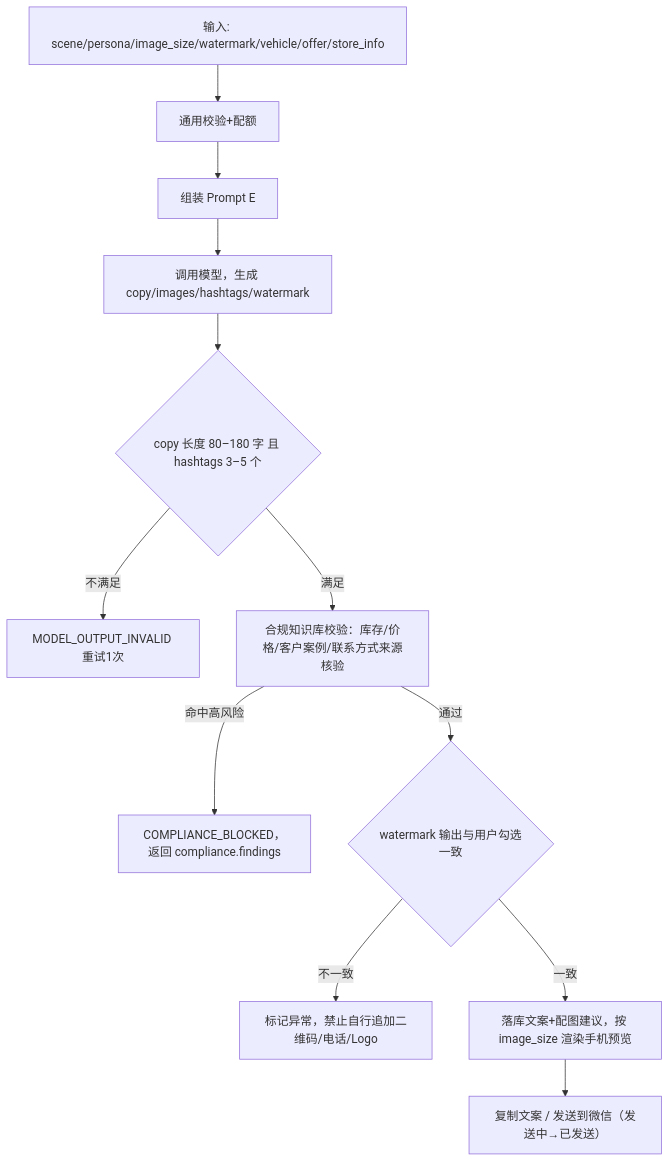
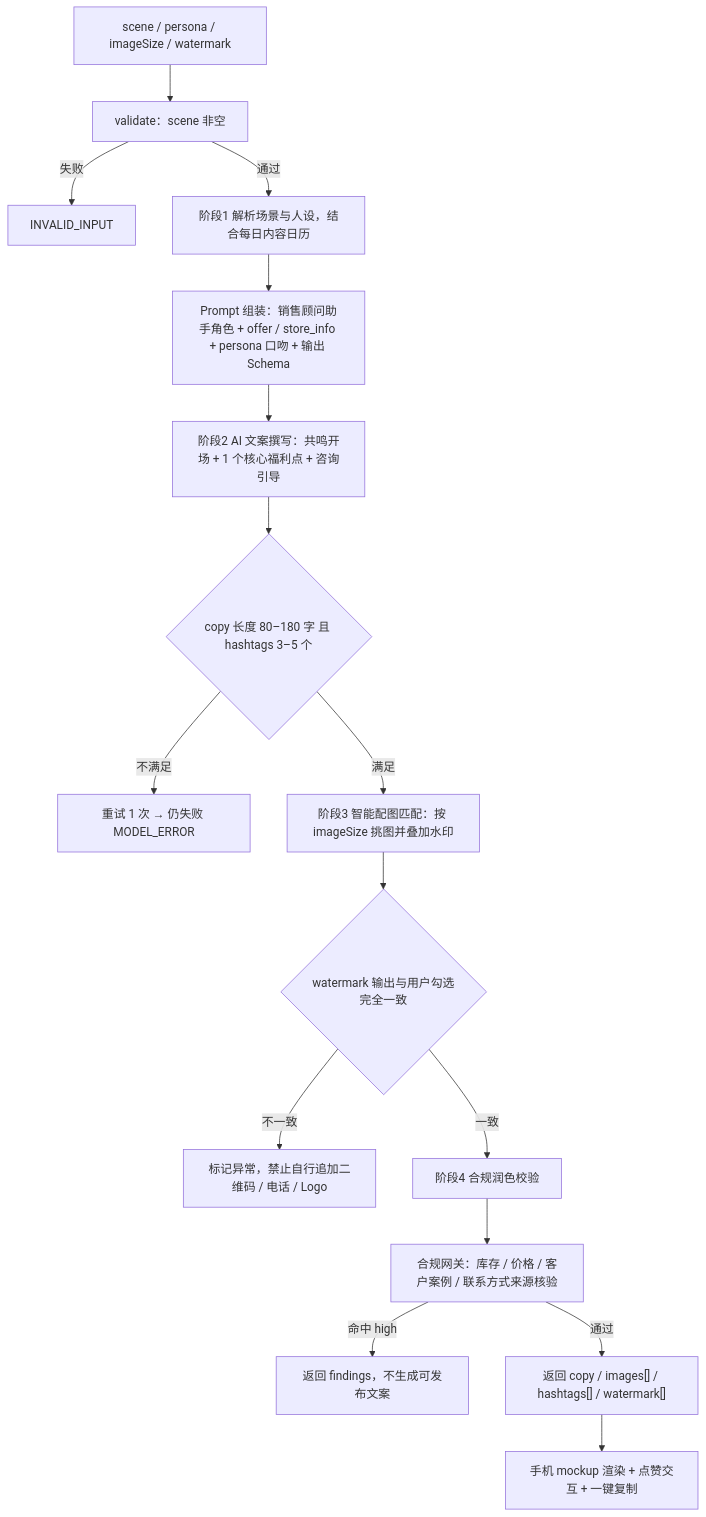
Before and after one commit to yangyang0723-ai/autoaigc: the sixth of 6 diagrams in docs/PRD.md, drawn with Mermaid. The commit also changed other lines of this file and 1 other file, not shown here.

````diff
--- a/docs/PRD.md
+++ b/docs/PRD.md
@@ -695,14 +723,18 @@
 ```mermaid
 flowchart TD
-  A[输入: scene/persona/image_size/watermark/vehicle/offer/store_info] --> B[通用校验+配额]
-  B --> C[组装 Prompt E]
-  C --> D[调用模型，生成 copy/images/hashtags/watermark]
-  D --> E{copy 长度 80–180 字 且 hashtags 3–5 个}
-  E -- 不满足 --> E1[MODEL_OUTPUT_INVALID 重试1次]
-  E -- 满足 --> F[合规知识库校验：库存/价格/客户案例/联系方式来源核验]
-  F -- 命中高风险 --> F1[COMPLIANCE_BLOCKED，返回 compliance.findings]
-  F -- 通过 --> G{watermark 输出与用户勾选一致}
-  G -- 不一致 --> G1[标记异常，禁止自行追加二维码/电话/Logo]
-  G -- 一致 --> H[落库文案+配图建议，按 image_size 渲染手机预览]
-  H --> I[复制文案 / 发送到微信（发送中→已发送）]
+  A[scene / persona / imageSize / watermark] --> B["validate：scene 非空"]
+  B -- 失败 --> B1[INVALID_INPUT]
+  B -- 通过 --> C[阶段1 解析场景与人设，结合每日内容日历]
+  C --> D["Prompt 组装：销售顾问助手角色 + offer / store_info + persona 口吻 + 输出 Schema"]
+  D --> E[阶段2 AI 文案撰写：共鸣开场 + 1 个核心福利点 + 咨询引导]
+  E --> F{"copy 长度 80–180 字 且 hashtags 3–5 个"}
+  F -- 不满足 --> F1[重试 1 次 → 仍失败 MODEL_ERROR]
+  F -- 满足 --> G[阶段3 智能配图匹配：按 imageSize 挑图并叠加水印]
+  G --> H{"watermark 输出与用户勾选完全一致"}
+  H -- 不一致 --> H1[标记异常，禁止自行追加二维码 / 电话 / Logo]
+  H -- 一致 --> I[阶段4 合规润色校验]
+  I --> J[合规网关：库存 / 价格 / 客户案例 / 联系方式来源核验]
+  J -- 命中 high --> J1["返回 findings，不生成可发布文案"]
+  J -- 通过 --> K["返回 copy / images[] / hashtags[] / watermark[]"]
+  K --> L[手机 mockup 渲染 + 点赞交互 + 一键复制]
 ```
````
